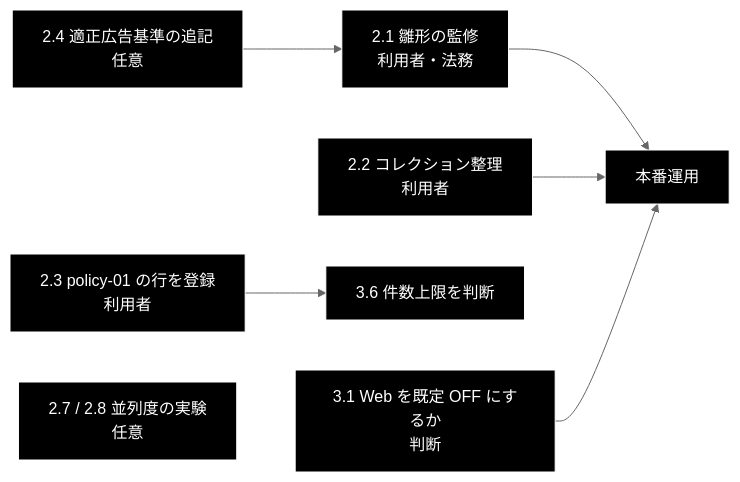
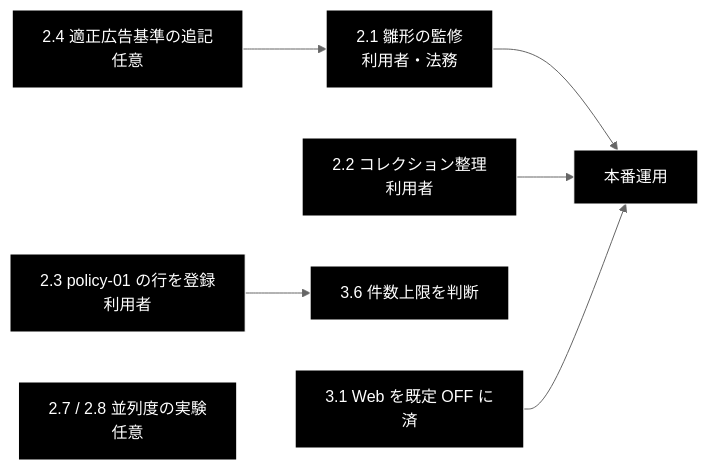
One commit to nakashima2toshio/grace_v2 changed the diagram in docs/review_rag_rules_todo.md. Above: the diagram before and after it, drawn with Mermaid (neutral theme). The commit also changed other lines of this file and 4 other files, not shown here.

First line of the commit message:
GRACE-Review の Web 裏取りを画面でも既定 OFF にする

````diff
--- a/docs/review_rag_rules_todo.md
+++ b/docs/review_rag_rules_todo.md
@@ -131,12 +131,12 @@
 ```mermaid
 flowchart LR
     A["2.1 雛形の監修<br>利用者・法務"] --> E["本番運用"]
     B["2.2 コレクション整理<br>利用者"] --> E
     C["2.3 policy-01 の行を登録<br>利用者"] --> F["3.6 件数上限を判断"]
     D["2.4 適正広告基準の追記<br>任意"] --> A
-    G["3.1 Web を既定 OFF にするか<br>判断"] --> E
+    G["3.1 Web を既定 OFF に<br>済"] --> E
     H["2.7 / 2.8 並列度の実験<br>任意"]
 classDef default fill:#000,stroke:#fff,color:#fff
 classDef subgraphStyle fill:#1a1a1a,stroke:#fff,color:#fff
 class A,B,C,D,E,F,G,H default
 ```
````
